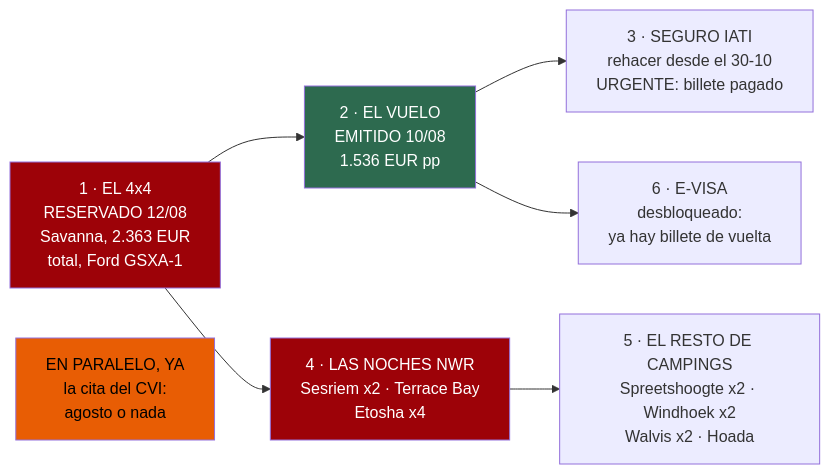
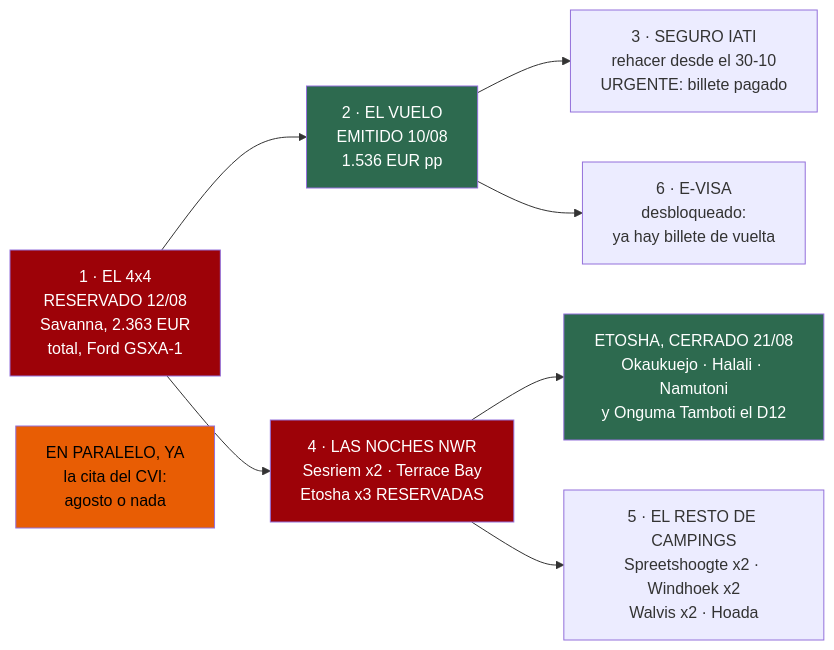
One commit to morandeirachema/namibia changed the diagram in 20-reservas.md. Above: the diagram before and after it, drawn with Mermaid. The commit also changed other lines of this file and 29 other files, not shown here.

````diff
--- a/20-reservas.md
+++ b/20-reservas.md
@@ -27,14 +29,16 @@
 ```mermaid
 flowchart LR
 %% ancho
     C["1 · EL 4x4<br/>RESERVADO 12/08<br/>Savanna, 2.363 EUR<br/>total, Ford GSXA-1"] --> V["2 · EL VUELO<br/>EMITIDO 10/08<br/>1.536 EUR pp"]
     V --> S["3 · SEGURO IATI<br/>rehacer desde el 30-10<br/>URGENTE: billete pagado"]
     V --> E["6 · E-VISA<br/>desbloqueado:<br/>ya hay billete de vuelta"]
-    C --> N["4 · LAS NOCHES NWR<br/>Sesriem x2 · Terrace Bay<br/>Etosha x4"]
+    C --> N["4 · LAS NOCHES NWR<br/>Sesriem x2 · Terrace Bay<br/>Etosha x3 RESERVADAS"]
+    N --> Y["ETOSHA, CERRADO 21/08<br/>Okaukuejo · Halali · Namutoni<br/>y Onguma Tamboti el D12"]
     N --> R["5 · EL RESTO DE CAMPINGS<br/>Spreetshoogte x2 · Windhoek x2<br/>Walvis x2 · Hoada"]
     P["EN PARALELO, YA<br/>la cita del CVI:<br/>agosto o nada"]
     style C fill:#9d0208,color:#fff
     style V fill:#2d6a4f,color:#fff
     style N fill:#9d0208,color:#fff
+    style Y fill:#2d6a4f,color:#fff
     style P fill:#e85d04,color:#000
 ```
````
